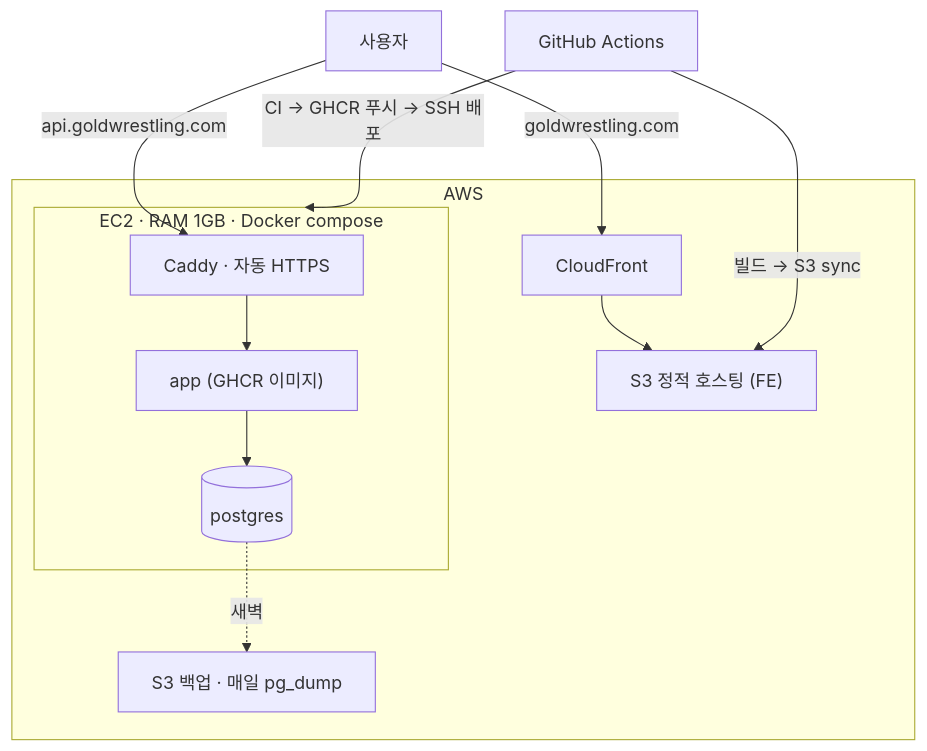
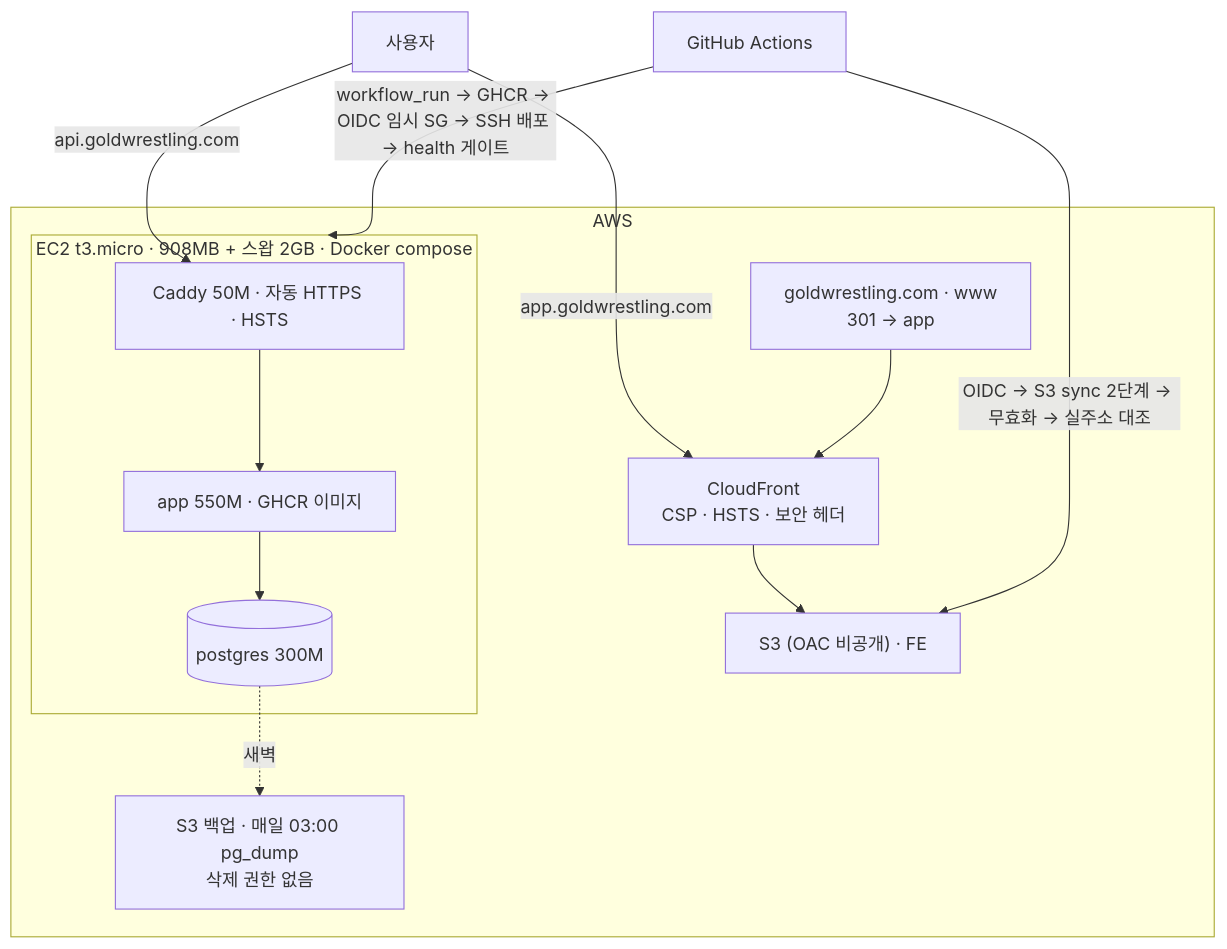
Before and after one commit to minsu-zip/gold-wrestling-docs: the second of 2 diagrams in architecture.md, drawn with Mermaid. The commit also changed other lines of this file and 25 other files, not shown here.

````diff
--- a/architecture.md
+++ b/architecture.md
@@ -39,17 +40,19 @@
 ```mermaid
 flowchart TB
   U["사용자"]
   subgraph AWS
-    CF["CloudFront"] --> S3["S3 정적 호스팅 (FE)"]
-    subgraph EC2["EC2 · RAM 1GB · Docker compose"]
-      CADDY["Caddy · 자동 HTTPS"] --> APP["app (GHCR 이미지)"] --> PG[("postgres")]
+    R["goldwrestling.com · www<br/>301 → app"]
+    CF["CloudFront<br/>CSP · HSTS · 보안 헤더"] --> S3["S3 (OAC 비공개) · FE"]
+    subgraph EC2["EC2 t3.micro · 908MB + 스왑 2GB · Docker compose"]
+      CADDY["Caddy 50M · 자동 HTTPS · HSTS"] --> APP["app 550M · GHCR 이미지"] --> PG[("postgres 300M")]
     end
-    BK["S3 백업 · 매일 pg_dump"]
+    BK["S3 백업 · 매일 03:00 pg_dump<br/>삭제 권한 없음"]
   end
   GH["GitHub Actions"]
-  U -- "goldwrestling.com" --> CF
+  U -- "app.goldwrestling.com" --> CF
+  R --> CF
   U -- "api.goldwrestling.com" --> CADDY
-  GH -- "CI → GHCR 푸시 → SSH 배포" --> EC2
-  GH -- "빌드 → S3 sync" --> S3
+  GH -- "workflow_run → GHCR → OIDC 임시 SG → SSH 배포 → health 게이트" --> EC2
+  GH -- "OIDC → S3 sync 2단계 → 무효화 → 실주소 대조" --> S3
   PG -. "새벽" .-> BK
 ```
````
